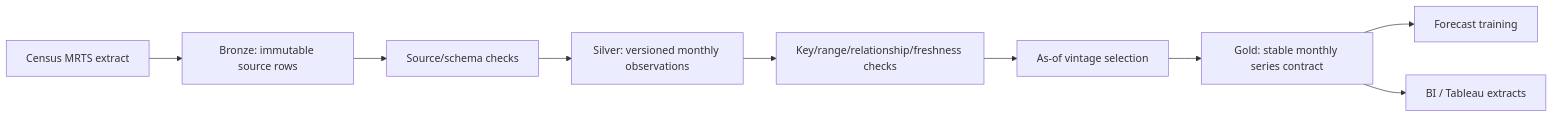
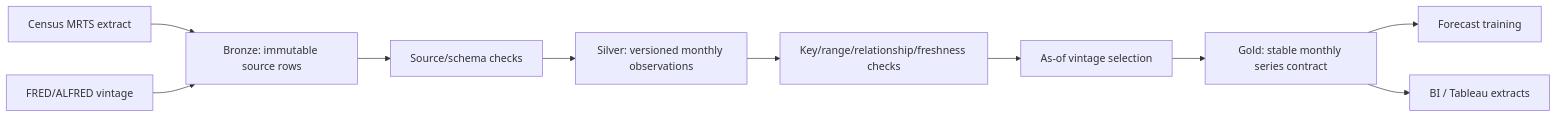
Before and after one commit to oleeveeuh/retailPRED: the diagram in docs/architecture/data_platform.md, drawn with Mermaid. The commit also changed other lines of this file and 8 other files, not shown here.

Commit message:
feat: add point-in-time FRED vintage ingestion

````diff
--- a/docs/architecture/data_platform.md
+++ b/docs/architecture/data_platform.md
@@ -9,11 +9,12 @@
 ```mermaid
 flowchart LR
     API[Census MRTS extract] --> B[Bronze: immutable source rows]
+    FRED[FRED/ALFRED vintage] --> B
     B --> Q1[Source/schema checks]
     Q1 --> S[Silver: versioned monthly observations]
     S --> Q2[Key/range/relationship/freshness checks]
     Q2 --> A[As-of vintage selection]
     A --> G[Gold: stable monthly series contract]
     G --> TRAIN[Forecast training]
     G --> BI[BI / Tableau extracts]
 ```
````
